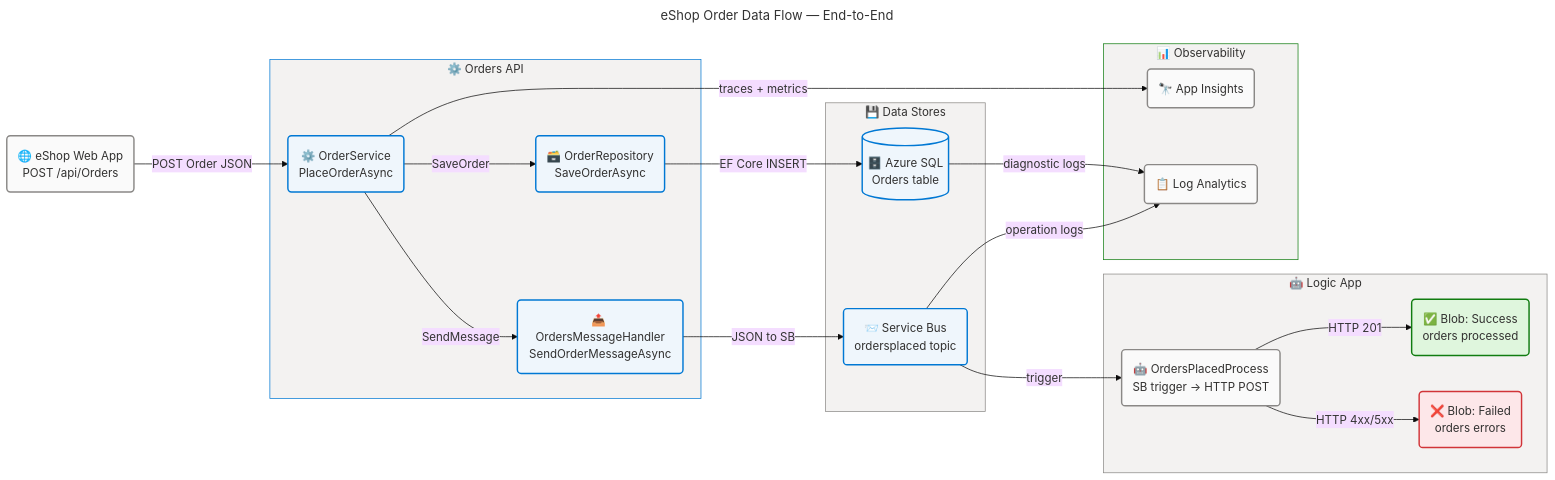
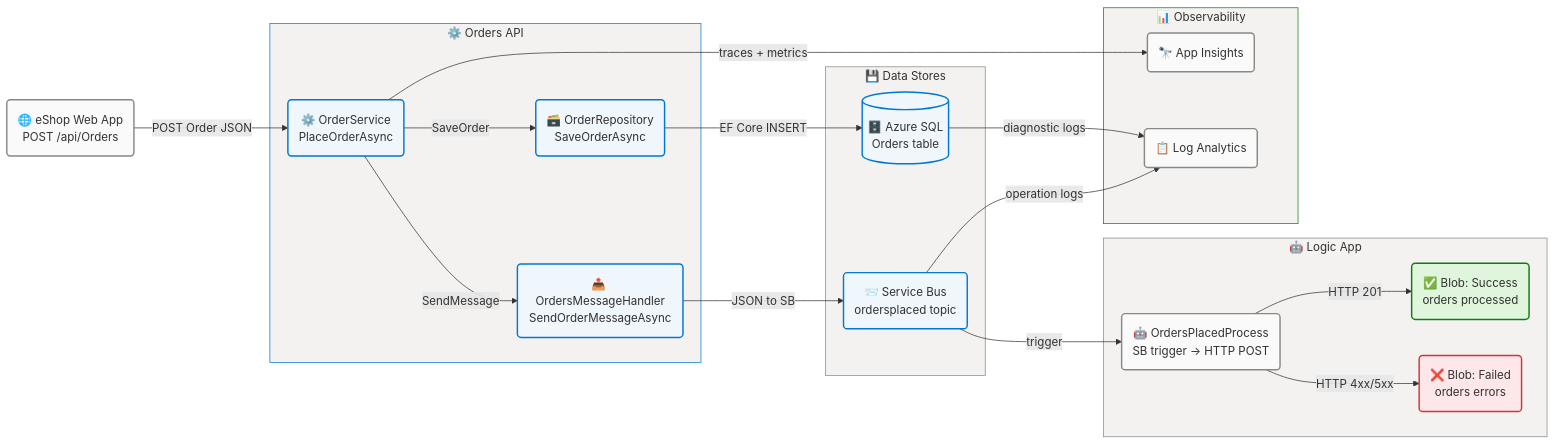
One commit to Evilazaro/Azure-LogicApps-Monitoring changed the seventh of 8 diagrams in docs/architecture/data-arch.md. Above: the diagram before and after it, drawn with Mermaid. The commit also changed other lines of this file, not shown here.

Commit message:
Remove unused mermaid diagram configurations from data architecture documentation

````diff
--- a/docs/architecture/data-arch.md
+++ b/docs/architecture/data-arch.md
@@ -736,73 +670,62 @@
 ```mermaid
----
-title: eShop Order Data Flow — End-to-End
-config:
-  theme: base
-  look: classic
-  layout: dagre
-  themeVariables:
-    fontSize: '16px'
-  flowchart:
-    htmlLabels: true
----
 flowchart LR
     accTitle: eShop Order Data Flow End-to-End
     accDescr: End-to-end data flow from order placement through SQL persistence, Service Bus publishing, Logic App processing, and Blob Storage archival, with telemetry flowing to Application Insights and Log Analytics.
 
     %% ═══════════════════════════════════════════════════════════════════════════
     %% AZURE / FLUENT ARCHITECTURE PATTERN v2.0
     %% (Semantic + Structural + Font + Accessibility Governance)
     %% ═══════════════════════════════════════════════════════════════════════════
     %% PHASE 1 - FLUENT UI: All styling uses approved Fluent UI palette only
     %% PHASE 2 - GROUPS: Every subgraph has semantic color via style directive
     %% PHASE 3 - COMPONENTS: Every node has semantic classDef + icon prefix
     %% PHASE 4 - ACCESSIBILITY: accTitle/accDescr present, WCAG AA contrast
     %% PHASE 5 - STANDARD: Governance block present, classDefs centralized
     %% ═══════════════════════════════════════════════════════════════════════════
 
     WebApp("🌐 eShop Web App<br/>POST /api/Orders"):::neutral
 
     subgraph api["⚙️ Orders API"]
         Svc("⚙️ OrderService<br/>PlaceOrderAsync"):::core
         Repo("🗃️ OrderRepository<br/>SaveOrderAsync"):::core
         Msg("📤 OrdersMessageHandler<br/>SendOrderMessageAsync"):::core
     end
 
     subgraph stores["💾 Data Stores"]
         SQL[("🗄️ Azure SQL<br/>Orders table")]:::core
         SBus("📨 Service Bus<br/>ordersplaced topic"):::core
     end
 
     subgraph workflow["🤖 Logic App"]
         LA("🤖 OrdersPlacedProcess<br/>SB trigger → HTTP POST"):::neutral
         BlobOK("✅ Blob: Success<br/>orders processed"):::success
         BlobErr("❌ Blob: Failed<br/>orders errors"):::danger
     end
 
     subgraph observe["📊 Observability"]
         AI("🔭 App Insights"):::neutral
         LAW("📋 Log Analytics"):::neutral
     end
 
     WebApp -->|"POST Order JSON"| Svc
     Svc -->|"SaveOrder"| Repo
     Repo -->|"EF Core INSERT"| SQL
     Svc -->|"SendMessage"| Msg
     Msg -->|"JSON to SB"| SBus
     SBus -->|"trigger"| LA
     LA -->|"HTTP 201"| BlobOK
     LA -->|"HTTP 4xx/5xx"| BlobErr
     Svc -->|"traces + metrics"| AI
     SQL -->|"diagnostic logs"| LAW
     SBus -->|"operation logs"| LAW
 
     classDef core fill:#EFF6FC,stroke:#0078D4,stroke-width:2px,color:#323130
     classDef neutral fill:#FAFAFA,stroke:#8A8886,stroke-width:2px,color:#323130
     classDef success fill:#DFF6DD,stroke:#107C10,stroke-width:2px,color:#323130
     classDef danger fill:#FDE7E9,stroke:#D13438,stroke-width:2px,color:#323130
 
     style api fill:#F3F2F1,stroke:#0078D4,stroke-width:1px,color:#323130
     style stores fill:#F3F2F1,stroke:#8A8886,stroke-width:1px,color:#323130
     style workflow fill:#F3F2F1,stroke:#8A8886,stroke-width:1px,color:#323130
     style observe fill:#F3F2F1,stroke:#107C10,stroke-width:1px,color:#323130
 ```
````
